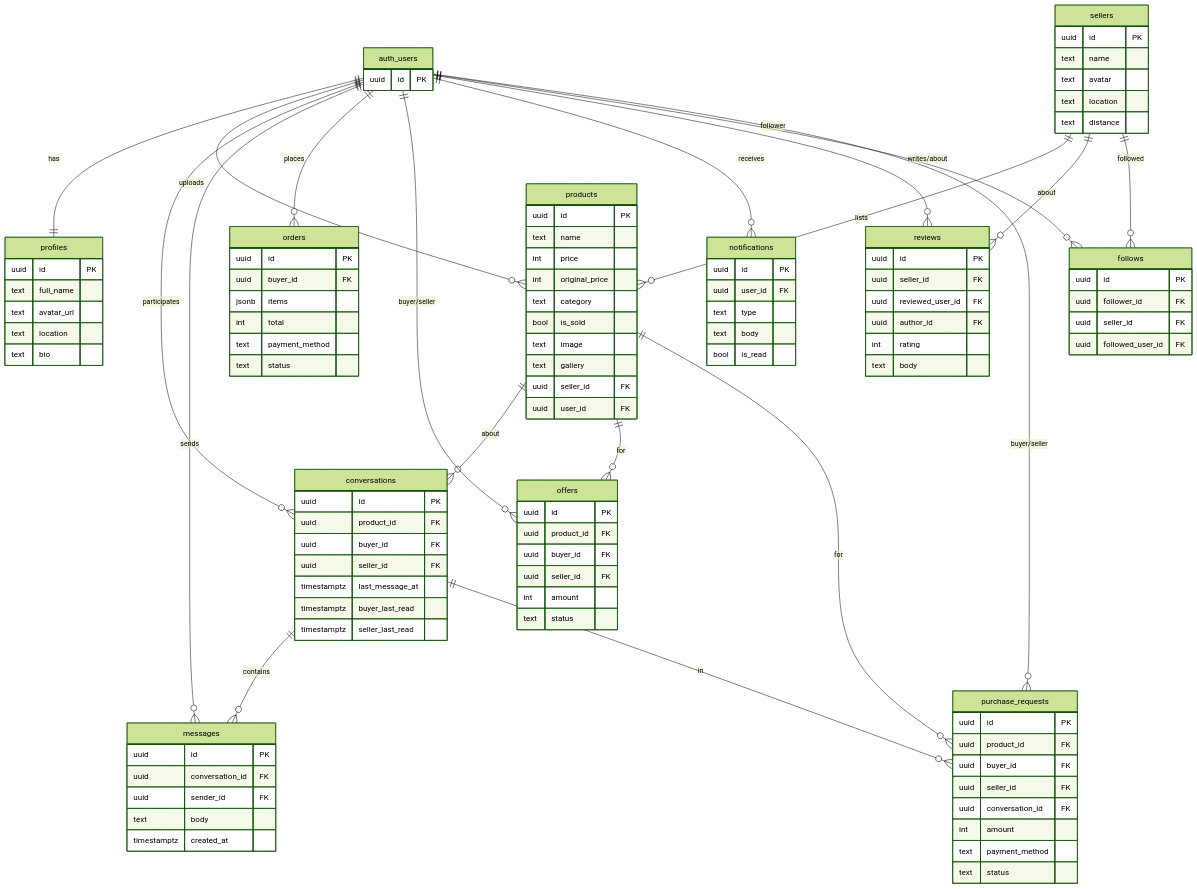
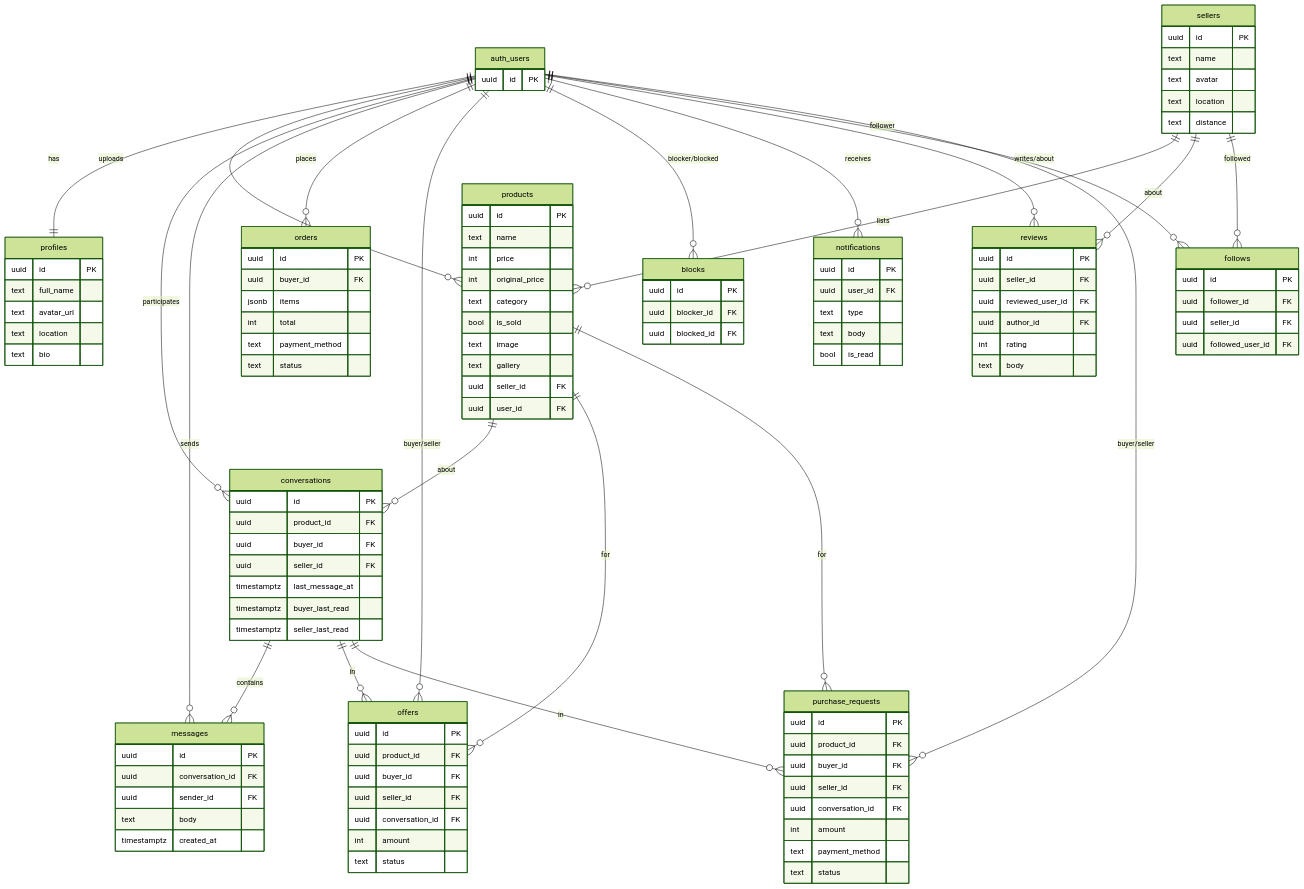
One commit to kotoshov12/lovesh-et changed the diagram in README.md. Above: the diagram before and after it, drawn with Mermaid (forest theme). The commit also changed other lines of this file and 9 other files, not shown here.

First line of the commit message:
Price offers in chat, unified conversations, block users

```diff
--- a/README.md
+++ b/README.md
@@ -233,6 +240,8 @@
     auth_users    ||--o{ orders        : "places"
     products      ||--o{ offers        : "for"
     auth_users    ||--o{ offers        : "buyer/seller"
+    conversations ||--o{ offers        : "in"
+    auth_users    ||--o{ blocks        : "blocker/blocked"
     auth_users    ||--o{ notifications : "receives"
     sellers       ||--o{ reviews       : "about"
     auth_users    ||--o{ reviews       : "writes/about"
@@ -300,8 +309,14 @@
       uuid product_id FK
       uuid buyer_id FK
       uuid seller_id FK
+      uuid conversation_id FK
       int amount
       text status
+    }
+    blocks {
+      uuid id PK
+      uuid blocker_id FK
+      uuid blocked_id FK
     }
     reviews {
       uuid id PK
```
